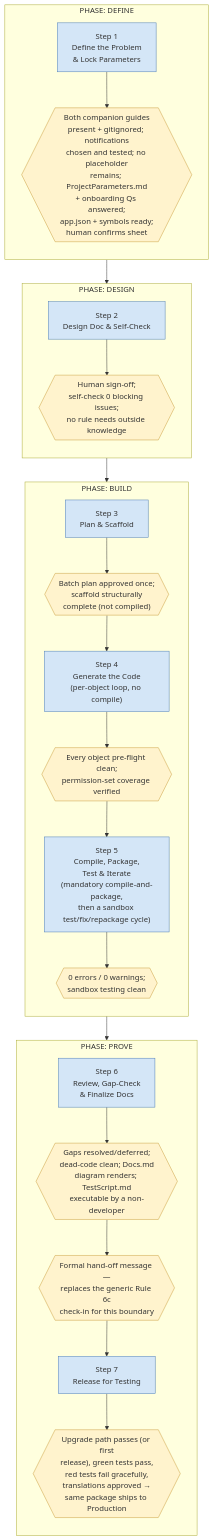
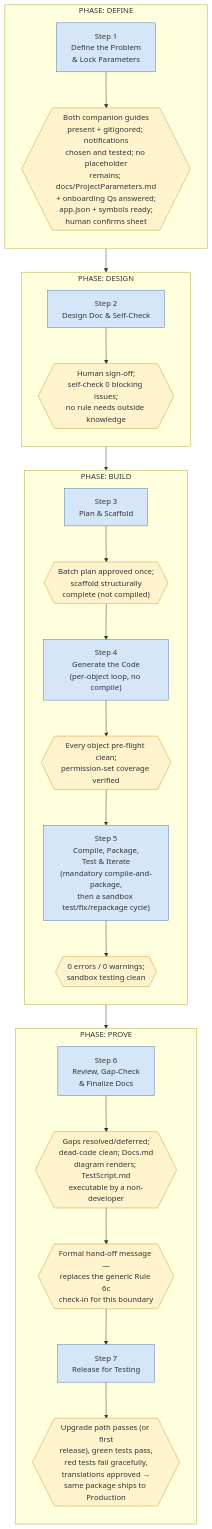
Before and after one commit to ajansari/ocpfBcAgenticDevFramework: the second of 7 diagrams in liteVersion/LITE_RunbookSchematics.md, drawn with Mermaid. The commit also changed other lines of this file and 26 other files, not shown here.

````diff
--- a/liteVersion/LITE_RunbookSchematics.md
+++ b/liteVersion/LITE_RunbookSchematics.md
@@ -71,38 +73,38 @@
 ```mermaid
 flowchart TD
     subgraph DEFINE["PHASE: DEFINE"]
         direction TB
-        S1["Step 1<br/>Define the Problem<br/>& Lock Parameters"] --> G_S1{{"Both companion guides<br/>present + gitignored; notifications<br/>chosen and tested; no placeholder<br/>remains; ProjectParameters.md<br/>+ onboarding Qs answered;<br/>app.json + symbols ready;<br/>human confirms sheet"}}
+        S1["Step 1<br/>Define the Problem<br/>& Lock Parameters"] --> G_S1{{"Both companion guides<br/>present + gitignored; notifications<br/>chosen and tested; no placeholder<br/>remains; docs/ProjectParameters.md<br/>+ onboarding Qs answered;<br/>app.json + symbols ready;<br/>human confirms sheet"}}
     end
 
     subgraph DESIGN["PHASE: DESIGN"]
         direction TB
         S2["Step 2<br/>Design Doc & Self-Check"] --> G_S2{{"Human sign-off;<br/>self-check 0 blocking issues;<br/>no rule needs outside knowledge"}}
     end
 
     subgraph BUILD["PHASE: BUILD"]
         direction TB
         S3["Step 3<br/>Plan & Scaffold"] --> G_S3{{"Batch plan approved once;<br/>scaffold structurally<br/>complete (not compiled)"}}
         G_S3 --> S4["Step 4<br/>Generate the Code<br/>(per-object loop, no compile)"]
         S4 --> G_S4{{"Every object pre-flight clean;<br/>permission-set coverage verified"}}
         G_S4 --> S5["Step 5<br/>Compile, Package,<br/>Test & Iterate<br/>(mandatory compile-and-package,<br/>then a sandbox test/fix/repackage cycle)"]
         S5 --> G_S5{{"0 errors / 0 warnings;<br/>sandbox testing clean"}}
     end
 
     subgraph PROVE["PHASE: PROVE"]
         direction TB
         S6["Step 6<br/>Review, Gap-Check<br/>& Finalize Docs"] --> G_S6{{"Gaps resolved/deferred;<br/>dead-code clean; Docs.md<br/>diagram renders; TestScript.md<br/>executable by a non-developer"}}
         G_S6 --> HandOff{{"Formal hand-off message —<br/>replaces the generic Rule 6c<br/>check-in for this boundary"}}
         HandOff --> S7["Step 7<br/>Release for Testing"]
         S7 --> G_S7{{"Upgrade path passes (or first<br/>release), green tests pass,<br/>red tests fail gracefully,<br/>translations approved →<br/>same package ships to Production"}}
     end
 
     G_S1 --> S2
     G_S2 --> S3
     G_S5 --> S6
 
     classDef step fill:#d4e6f7,stroke:#4a7ab5,stroke-width:1px;
     classDef gate fill:#fff3cd,stroke:#c99a3a,stroke-width:1px;
     class S1,S2,S3,S4,S5,S6,S7 step;
     class G_S1,G_S2,G_S3,G_S4,G_S5,G_S6,G_S7,HandOff gate;
 ```
````
